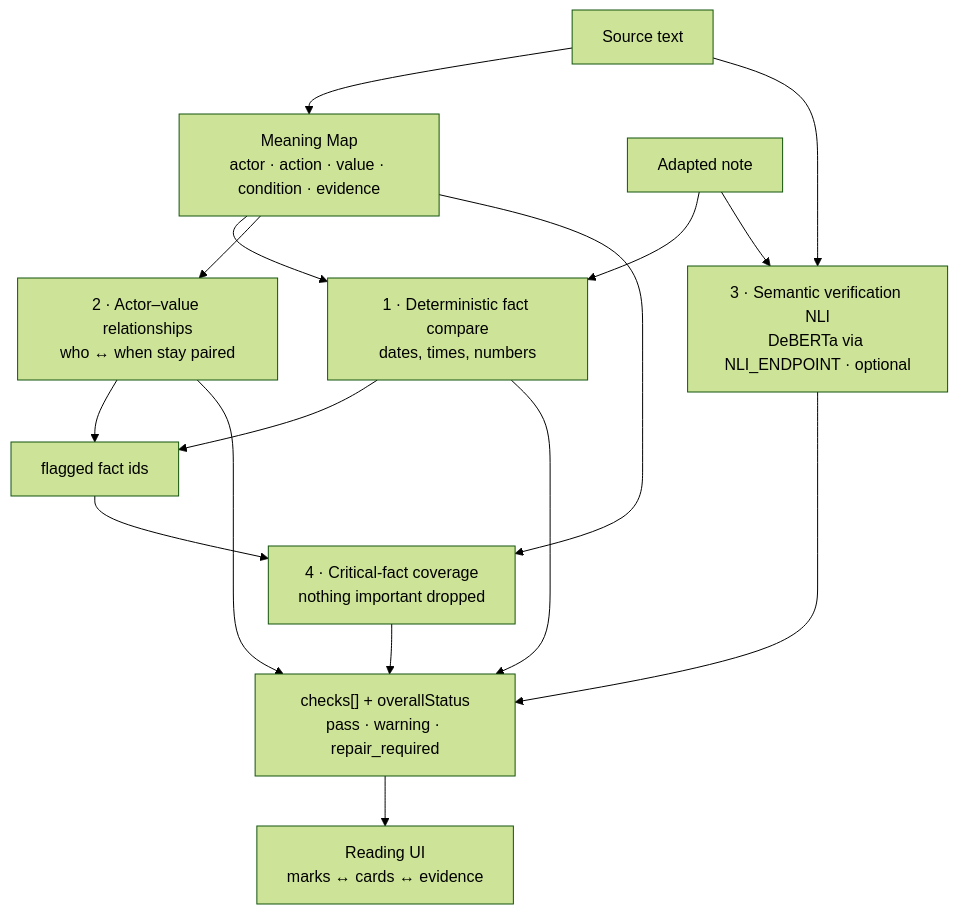
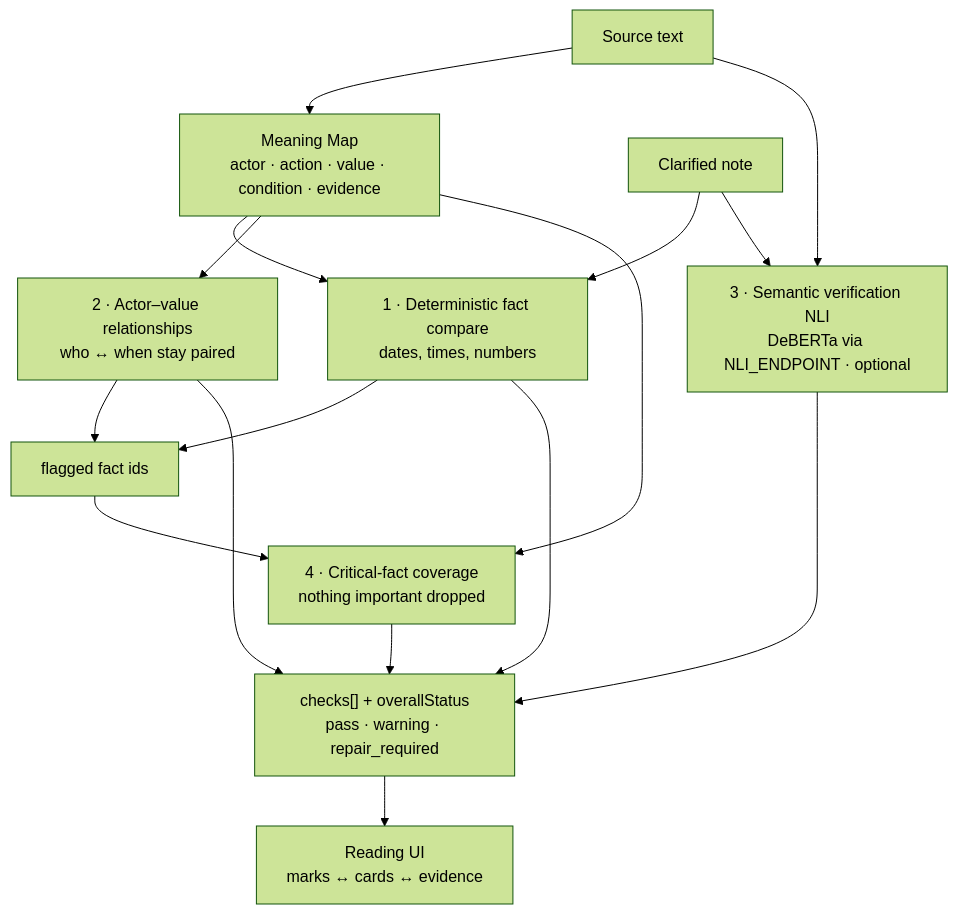
One commit to Iron-Mark/appcon-lumiere-linawai changed the second of 2 diagrams in README.md. Above: the diagram before and after it, drawn with Mermaid (forest theme). The commit also changed other lines of this file and 37 other files, not shown here.

````diff
--- a/README.md
+++ b/README.md
@@ -66,15 +66,15 @@
 ```mermaid
 flowchart TD
   SRC[Source text] --> MAP[Meaning Map<br/>actor · action · value · condition · evidence]
-  ADP[Adapted note] --> L1
+  ADP[Clarified note] --> L1
   MAP --> L1[1 · Deterministic fact compare<br/>dates, times, numbers]
   MAP --> L2[2 · Actor–value relationships<br/>who ↔ when stay paired]
   SRC --> L3[3 · Semantic verification NLI<br/>DeBERTa via NLI_ENDPOINT · optional]
   ADP --> L3
   L1 --> FLAG[flagged fact ids]
   L2 --> FLAG
   FLAG --> L4[4 · Critical-fact coverage<br/>nothing important dropped]
   MAP --> L4
   L1 & L2 & L3 & L4 --> OUT["checks[] + overallStatus<br/>pass · warning · repair_required"]
   OUT --> UI[Reading UI<br/>marks ↔ cards ↔ evidence]
 ```
````
